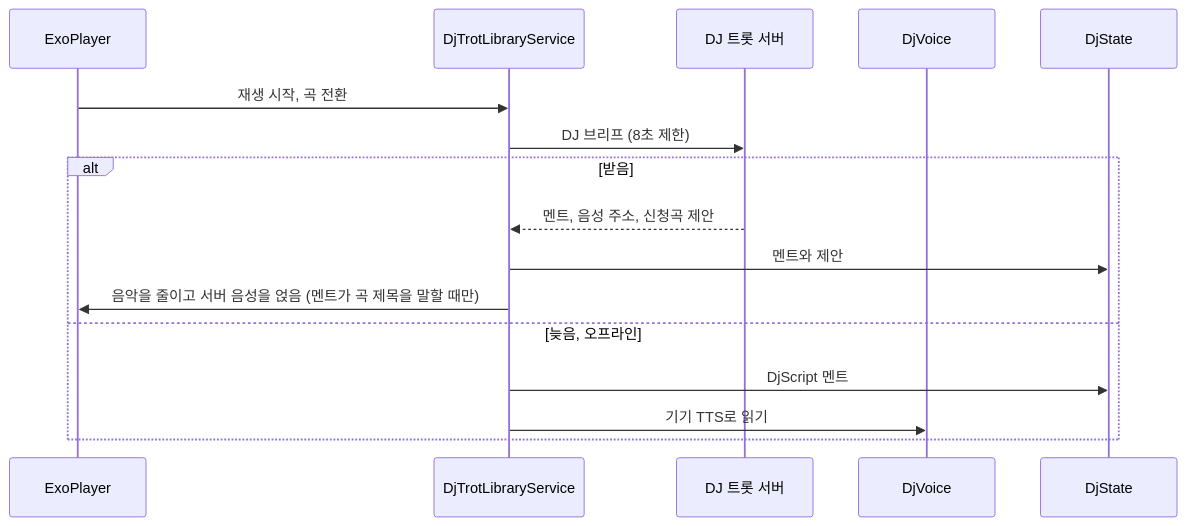
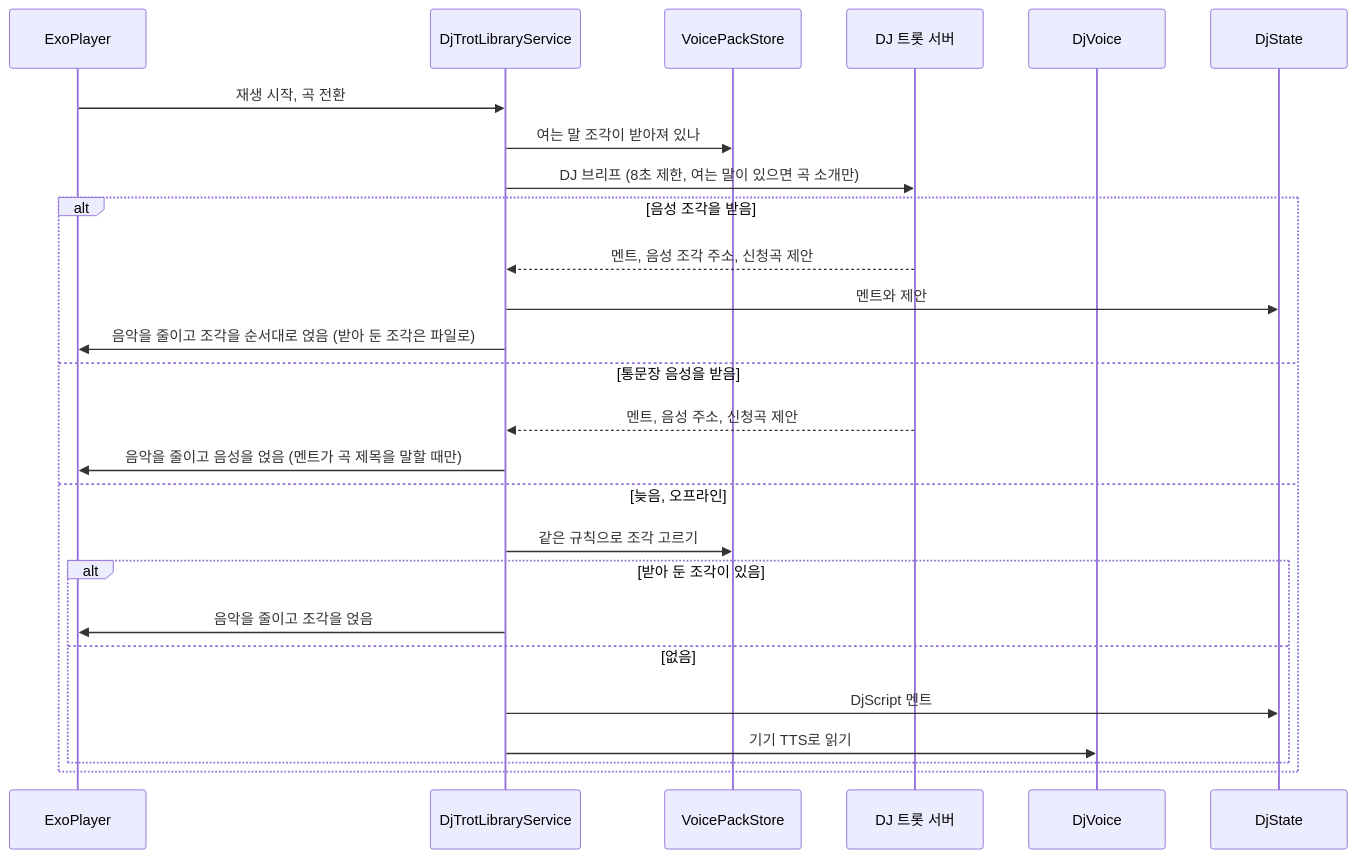
One commit to reopt-ai/dj-trot changed the second of 3 diagrams in docs/architecture.md. Above: the diagram before and after it, drawn with Mermaid. The commit also changed other lines of this file and 12 other files, not shown here.

First line of the commit message:
feat(dj): play server voice-pack clips and keep one DJ voice offline

````diff
--- a/docs/architecture.md
+++ b/docs/architecture.md
@@ -57,19 +57,29 @@
 ```mermaid
 sequenceDiagram
     participant Player as ExoPlayer
     participant Service as DjTrotLibraryService
+    participant Pack as VoicePackStore
     participant Server as DJ 트롯 서버
     participant Voice as DjVoice
     participant State as DjState
 
     Player->>Service: 재생 시작, 곡 전환
-    Service->>Server: DJ 브리프 (8초 제한)
-    alt 받음
+    Service->>Pack: 여는 말 조각이 받아져 있나
+    Service->>Server: DJ 브리프 (8초 제한, 여는 말이 있으면 곡 소개만)
+    alt 음성 조각을 받음
+        Server-->>Service: 멘트, 음성 조각 주소, 신청곡 제안
+        Service->>State: 멘트와 제안
+        Service->>Player: 음악을 줄이고 조각을 순서대로 얹음 (받아 둔 조각은 파일로)
+    else 통문장 음성을 받음
         Server-->>Service: 멘트, 음성 주소, 신청곡 제안
-        Service->>State: 멘트와 제안
-        Service->>Player: 음악을 줄이고 서버 음성을 얹음 (멘트가 곡 제목을 말할 때만)
+        Service->>Player: 음악을 줄이고 음성을 얹음 (멘트가 곡 제목을 말할 때만)
     else 늦음, 오프라인
-        Service->>State: DjScript 멘트
-        Service->>Voice: 기기 TTS로 읽기
+        Service->>Pack: 같은 규칙으로 조각 고르기
+        alt 받아 둔 조각이 있음
+            Service->>Player: 음악을 줄이고 조각을 얹음
+        else 없음
+            Service->>State: DjScript 멘트
+            Service->>Voice: 기기 TTS로 읽기
+        end
     end
 ```
````
